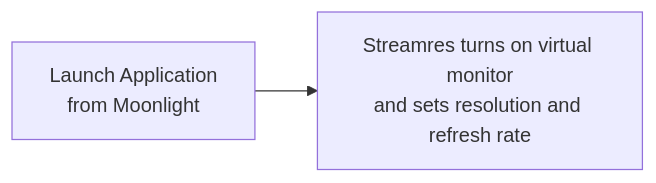
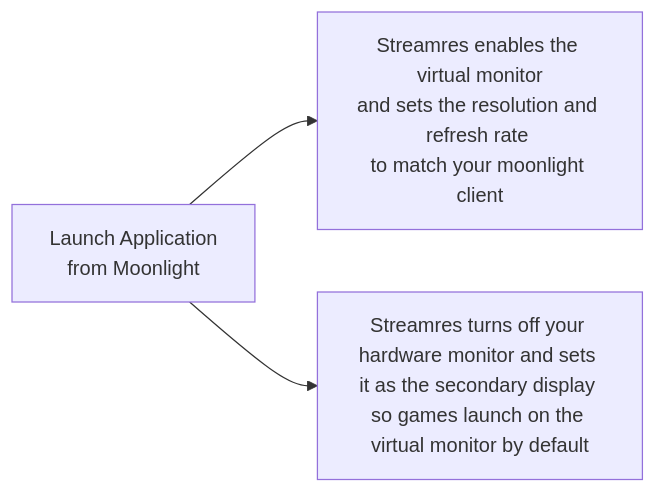
One commit to jt28828/streamres changed the first of 2 diagrams in README.md. Above: the diagram before and after it, drawn with Mermaid. The commit also changed other lines of this file and 13 other files, not shown here.

````diff
--- a/README.md
+++ b/README.md
@@ -39,7 +71,11 @@
 ```mermaid
 flowchart LR
     start[Launch Application 
     from Moonlight] -->
-tool[Streamres turns on virtual monitor
-and sets resolution and refresh rate]
+virtual[Streamres enables the virtual monitor
+and sets the resolution and refresh rate 
+to match your moonlight client]
+start --> hardware[Streamres turns off your 
+hardware monitor and sets it as the secondary display 
+so games launch on the virtual monitor by default]
 ```
````
